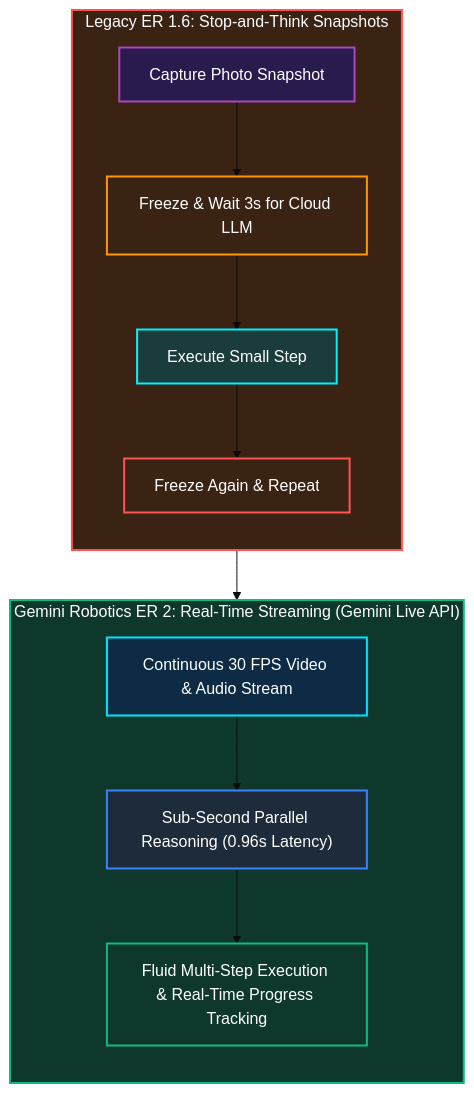
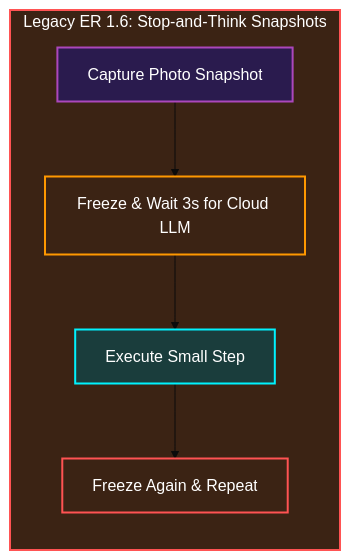
One commit to narenandu/narenvadapalli_dot_com changed the third of 6 diagrams in contents/blog/0070-google-deepmind-gemini-robotics-er-2/index.md. Above: the diagram before and after it, drawn with Mermaid (base theme). The commit also changed other lines of this file and 22 other files, not shown here.

Commit message:
fix(blog): resolve side-by-side Mermaid diagrams, KaTeX math formatting, and alert tags across all blogs

````diff
--- a/contents/blog/0070-google-deepmind-gemini-robotics-er-2/index.md
+++ b/contents/blog/0070-google-deepmind-gemini-robotics-er-2/index.md
@@ -93,26 +93,14 @@
 ```mermaid
 flowchart TD
     subgraph ER16Loop["Legacy ER 1.6: Stop-and-Think Snapshots"]
         direction TB
         S1["Capture Photo Snapshot"] --> S2["Freeze & Wait 3s for Cloud LLM"]
         S2 --> S3["Execute Small Step"] --> S4["Freeze Again & Repeat"]
     end
 
-    subgraph ER2Loop["Gemini Robotics ER 2: Real-Time Streaming (Gemini Live API)"]
-        direction TB
-        L1["Continuous 30 FPS Video & Audio Stream"] --> L2["Sub-Second Parallel Reasoning (0.96s Latency)"]
-        L2 --> L3["Fluid Multi-Step Execution & Real-Time Progress Tracking"]
-    end
-
-    ER16Loop --> ER2Loop
-
     style ER16Loop fill:#3b2314,stroke:#ff5353,stroke-width:2px,color:#ffffff;
-    style ER2Loop fill:#0f382c,stroke:#10b981,stroke-width:2px,color:#ffffff;
     style S1 fill:#2a1b4e,stroke:#ab47bc,stroke-width:2px,color:#ffffff;
     style S2 fill:#3b2314,stroke:#ff9800,stroke-width:2px,color:#ffffff;
     style S3 fill:#1a3d3c,stroke:#00f2fe,stroke-width:2px,color:#ffffff;
     style S4 fill:#3b2314,stroke:#ff5353,stroke-width:2px,color:#ffffff;
-    style L1 fill:#0d2b45,stroke:#00e5ff,stroke-width:2px,color:#ffffff;
-    style L2 fill:#1d2b3a,stroke:#3b82f6,stroke-width:2px,color:#ffffff;
-    style L3 fill:#0f382c,stroke:#10b981,stroke-width:2px,color:#ffffff;
 ```
````
